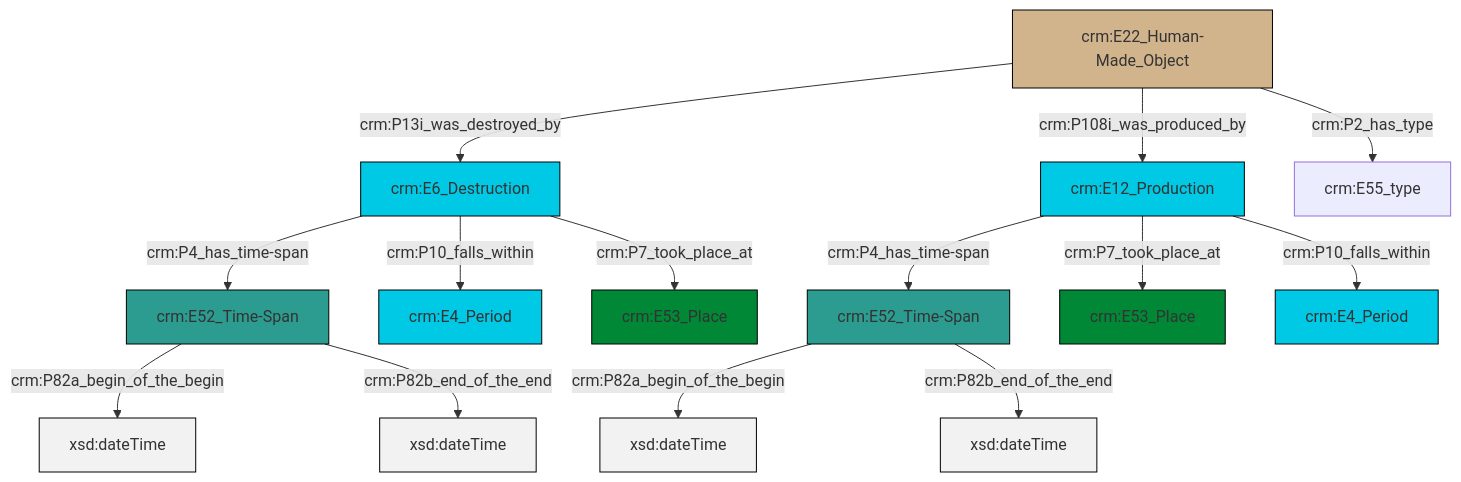
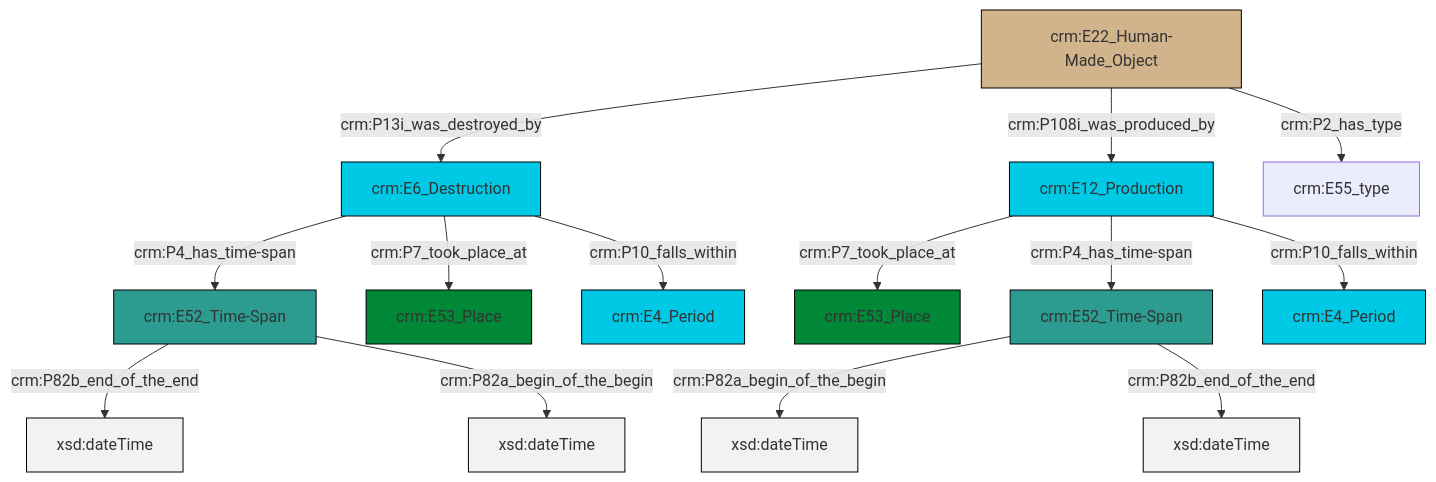
The diagram in et/artworkCSV/ttl/mmd/Artwork_Existence.ttl.mmd (swiss-art-research-net/docs.swissartresearch), drawn with Mermaid before and after one commit. The commit also changed 177 other files, not shown here.

```diff
--- a/et/artworkCSV/ttl/mmd/Artwork_Existence.ttl.mmd
+++ b/et/artworkCSV/ttl/mmd/Artwork_Existence.ttl.mmd
@@ -1,28 +1,28 @@
 graph TD
 classDef Literal fill:#f2f2f2,stroke:#000000;
 classDef CRM_Entity fill:#FFFFFF,stroke:#000000;
 classDef Temporal_Entity fill:#00C9E6, stroke:#000000;
 classDef Type fill:#E18312, stroke:#000000;
 classDef Time-Span fill:#2C9C91, stroke:#000000;
 classDef Appellation fill:#FFEB7F, stroke:#000000;
 classDef Place fill:#008836, stroke:#000000;
 classDef Persistent_Item fill:#B266B2, stroke:#000000;
 classDef Conceptual_Object fill:#FFD700, stroke:#000000;
 classDef Physical_Thing fill:#D2B48C, stroke:#000000;
 classDef Actor fill:#f58aad, stroke:#000000;
 classDef PC_Classes fill:#4ce600, stroke:#000000;
 classDef Multi fill:#cccccc,stroke:#000000;
 
-0["crm:E12_Production"]:::Temporal_Entity -->|crm:P4_has_time-span| 1["crm:E52_Time-Span"]:::Time-Span
-1["crm:E52_Time-Span"]:::Time-Span -->|crm:P82a_begin_of_the_begin| 2[xsd:dateTime]:::Literal
-3["crm:E22_Human-Made_Object"]:::Physical_Thing -->|crm:P13i_was_destroyed_by| 4["crm:E6_Destruction"]:::Temporal_Entity
-4["crm:E6_Destruction"]:::Temporal_Entity -->|crm:P4_has_time-span| 5["crm:E52_Time-Span"]:::Time-Span
-3["crm:E22_Human-Made_Object"]:::Physical_Thing -->|crm:P108i_was_produced_by| 0["crm:E12_Production"]:::Temporal_Entity
-5["crm:E52_Time-Span"]:::Time-Span -->|crm:P82a_begin_of_the_begin| 9[xsd:dateTime]:::Literal
-4["crm:E6_Destruction"]:::Temporal_Entity -->|crm:P10_falls_within| 7["crm:E4_Period"]:::Temporal_Entity
-5["crm:E52_Time-Span"]:::Time-Span -->|crm:P82b_end_of_the_end| 11[xsd:dateTime]:::Literal
-3["crm:E22_Human-Made_Object"]:::Physical_Thing -->|crm:P2_has_type| 14["crm:E55_type"]:::Default
-4["crm:E6_Destruction"]:::Temporal_Entity -->|crm:P7_took_place_at| 17["crm:E53_Place"]:::Place
-0["crm:E12_Production"]:::Temporal_Entity -->|crm:P7_took_place_at| 18["crm:E53_Place"]:::Place
-1["crm:E52_Time-Span"]:::Time-Span -->|crm:P82b_end_of_the_end| 23[xsd:dateTime]:::Literal
-0["crm:E12_Production"]:::Temporal_Entity -->|crm:P10_falls_within| 15["crm:E4_Period"]:::Temporal_Entity
+0["crm:E22_Human-Made_Object"]:::Physical_Thing -->|crm:P13i_was_destroyed_by| 1["crm:E6_Destruction"]:::Temporal_Entity
+2["crm:E52_Time-Span"]:::Time-Span -->|crm:P82a_begin_of_the_begin| 3[xsd:dateTime]:::Literal
+4["crm:E52_Time-Span"]:::Time-Span -->|crm:P82b_end_of_the_end| 5[xsd:dateTime]:::Literal
+6["crm:E12_Production"]:::Temporal_Entity -->|crm:P7_took_place_at| 7["crm:E53_Place"]:::Place
+0["crm:E22_Human-Made_Object"]:::Physical_Thing -->|crm:P108i_was_produced_by| 6["crm:E12_Production"]:::Temporal_Entity
+1["crm:E6_Destruction"]:::Temporal_Entity -->|crm:P4_has_time-span| 4["crm:E52_Time-Span"]:::Time-Span
+4["crm:E52_Time-Span"]:::Time-Span -->|crm:P82a_begin_of_the_begin| 10[xsd:dateTime]:::Literal
+1["crm:E6_Destruction"]:::Temporal_Entity -->|crm:P7_took_place_at| 14["crm:E53_Place"]:::Place
+6["crm:E12_Production"]:::Temporal_Entity -->|crm:P4_has_time-span| 2["crm:E52_Time-Span"]:::Time-Span
+1["crm:E6_Destruction"]:::Temporal_Entity -->|crm:P10_falls_within| 12["crm:E4_Period"]:::Temporal_Entity
+0["crm:E22_Human-Made_Object"]:::Physical_Thing -->|crm:P2_has_type| 8["crm:E55_type"]:::Default
+6["crm:E12_Production"]:::Temporal_Entity -->|crm:P10_falls_within| 17["crm:E4_Period"]:::Temporal_Entity
+2["crm:E52_Time-Span"]:::Time-Span -->|crm:P82b_end_of_the_end| 22[xsd:dateTime]:::Literal
```
